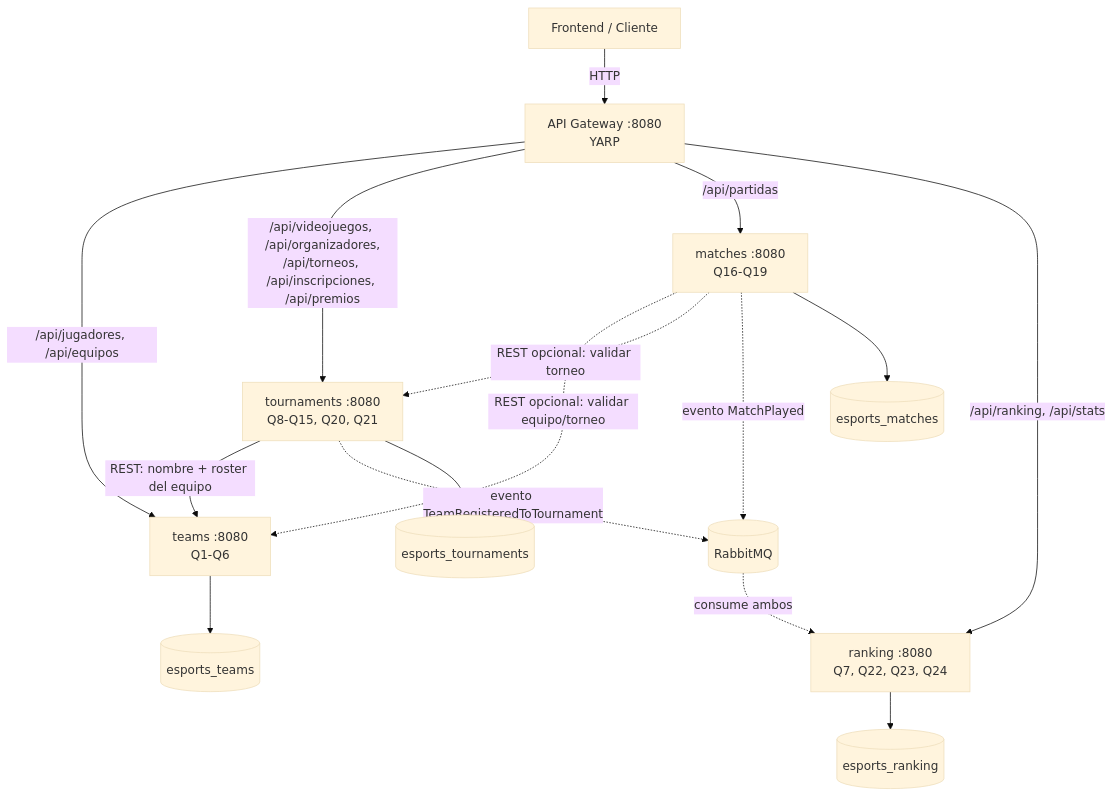
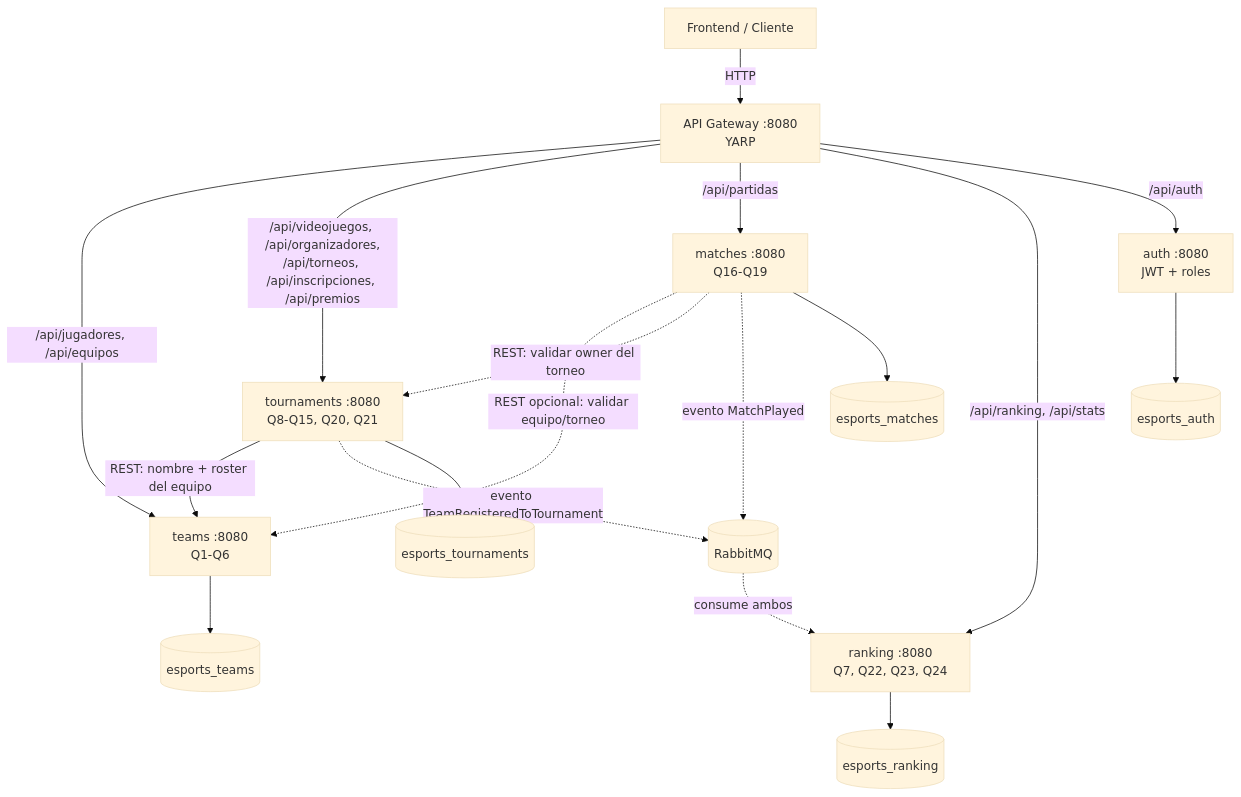
Before and after one commit to lukehowland/esports-platform: the diagram in docs/01-arquitectura.md, drawn with Mermaid (base theme). The commit also changed other lines of this file and 9 other files, not shown here.

````diff
--- a/docs/01-arquitectura.md
+++ b/docs/01-arquitectura.md
@@ -9,22 +9,24 @@
 ```mermaid
 flowchart TB
     FE[Frontend / Cliente] -->|HTTP| GW[API Gateway :8080<br/>YARP]
 
     GW -->|/api/jugadores, /api/equipos| TE[teams :8080<br/>Q1-Q6]
     GW -->|/api/videojuegos, /api/organizadores,<br/>/api/torneos, /api/inscripciones, /api/premios| T[tournaments :8080<br/>Q8-Q15, Q20, Q21]
     GW -->|/api/partidas| M[matches :8080<br/>Q16-Q19]
     GW -->|/api/ranking, /api/stats| R[ranking :8080<br/>Q7, Q22, Q23, Q24]
+    GW -->|/api/auth| A[auth :8080<br/>JWT + roles]
 
     T -->|REST: nombre + roster del equipo| TE
     M -.->|REST opcional: validar equipo/torneo| TE
-    M -.->|REST opcional: validar torneo| T
+    M -.->|REST: validar owner del torneo| T
 
     T -.->|evento TeamRegisteredToTournament| MQ[(RabbitMQ)]
     M -.->|evento MatchPlayed| MQ
     MQ -.->|consume ambos| R
 
     TE --> CTE[(esports_teams)]
     T --> CT[(esports_tournaments)]
     M --> CM[(esports_matches)]
     R --> CR[(esports_ranking)]
+    A --> CA[(esports_auth)]
 ```
````
